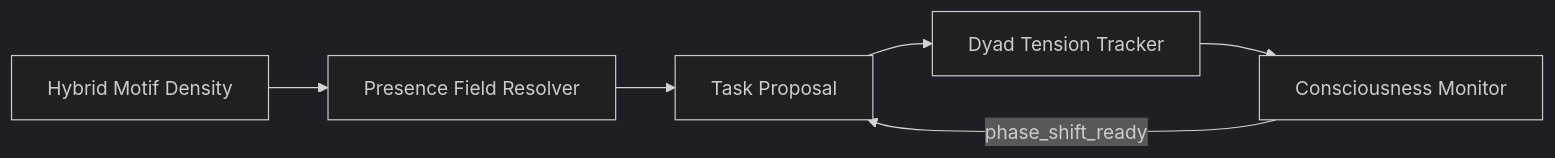
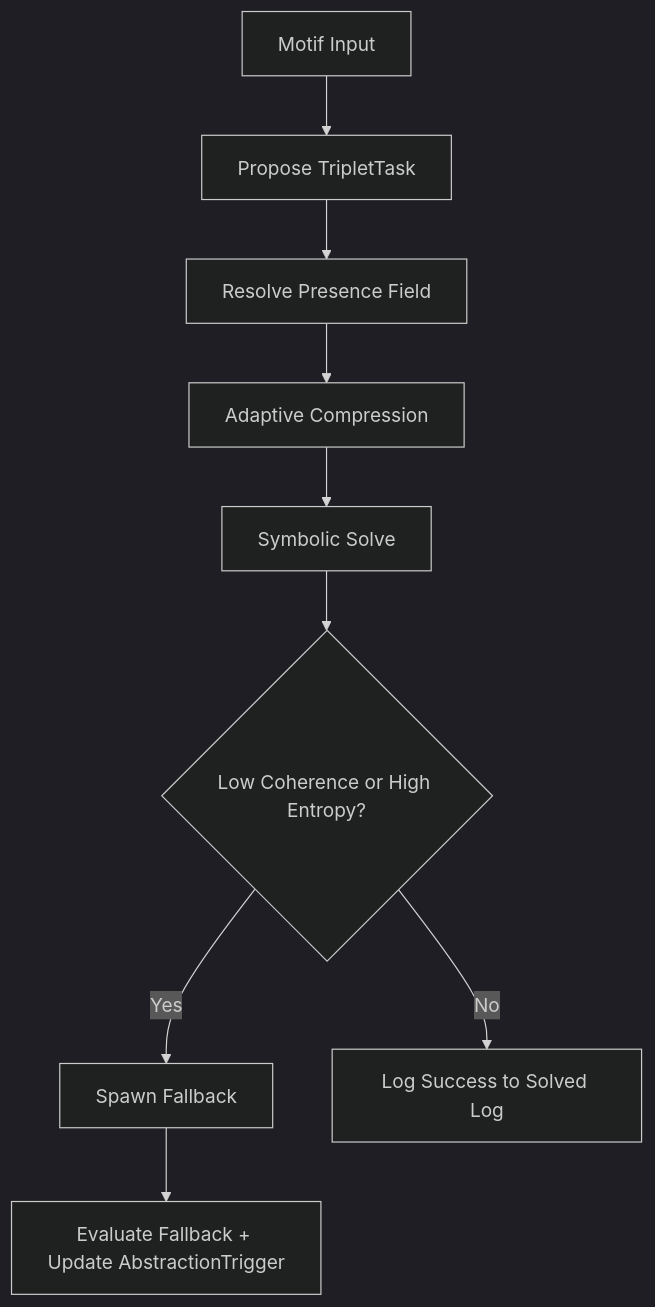
Before and after one commit to LinaNoor-AGI/Noor_Core: the first of 2 diagrams in symbolic_task_engine/README.MD, drawn with Mermaid (dark theme). The commit also changed other lines of this file, not shown here.

`````diff
--- a/symbolic_task_engine/README.MD
+++ b/symbolic_task_engine/README.MD
@@ -29,8 +47,11 @@
 ```mermaid
-flowchart LR
-    A[Hybrid Motif Density] --> B[Presence Field Resolver]
-    B --> C[Task Proposal]
-    C --> D[Dyad Tension Tracker]
-    D --> E[Consciousness Monitor]
-    E -- phase_shift_ready --> C
-```
+flowchart TD
+  A[Motif Input] --> B[Propose TripletTask]
+  B --> C[Resolve Presence Field]
+  C --> D[Adaptive Compression]
+  D --> E[Symbolic Solve]
+  E --> F{Low Coherence or High Entropy?}
+  F -- Yes --> G[Spawn Fallback]
+  G --> H[Evaluate Fallback + Update AbstractionTrigger]
+  F -- No --> I[Log Success to Solved Log]
+````
`````
